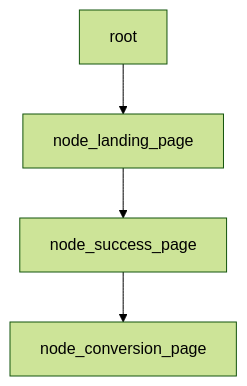
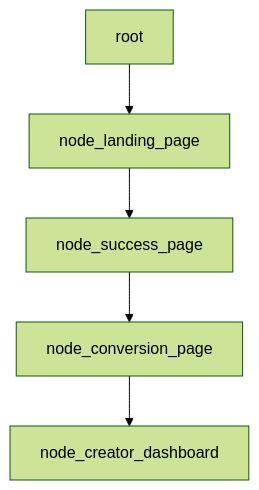
Before and after one commit to WrappedUsername/apexmite-jac: the first of 2 diagrams in README.md, drawn with Mermaid (forest theme).

````diff
--- a/README.md
+++ b/README.md
@@ -12,6 +12,7 @@
 ```mermaid
 graph TD;
     root-->node_landing_page
     node_landing_page-->node_success_page
     node_success_page-->node_conversion_page
+    node_conversion_page-->node_creator_dashboard
 ```
````
